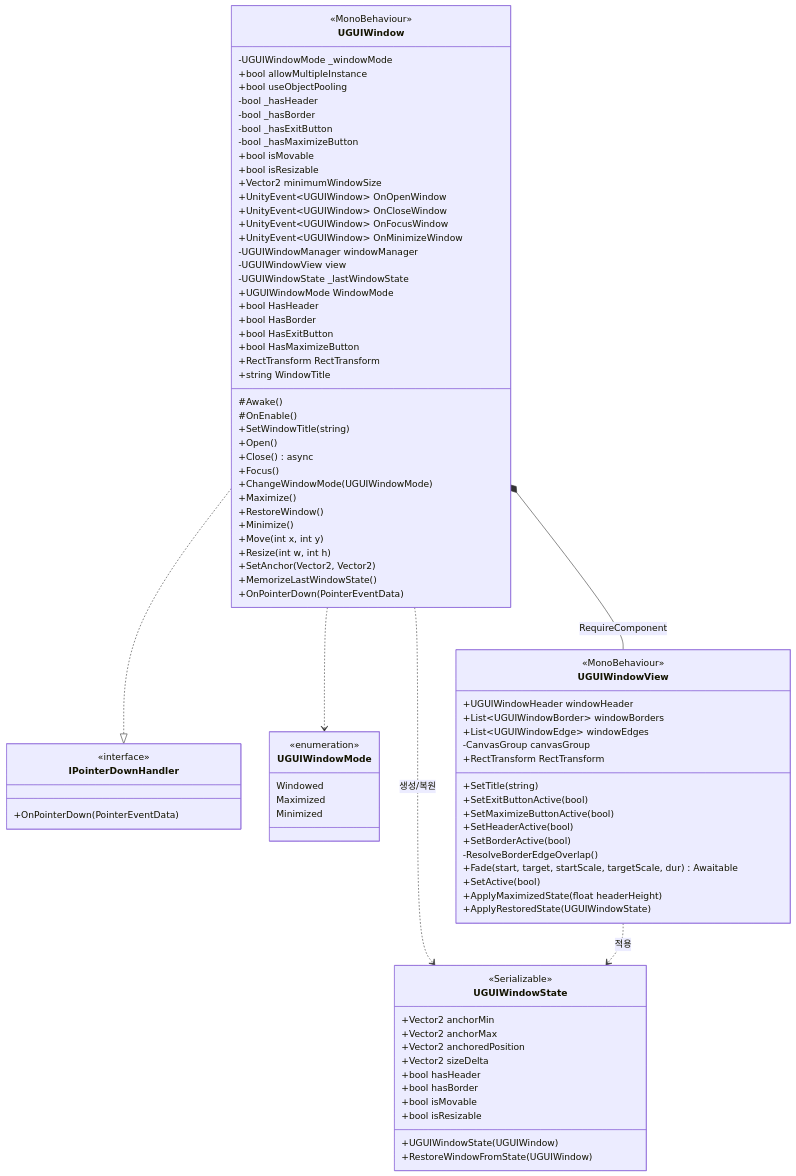
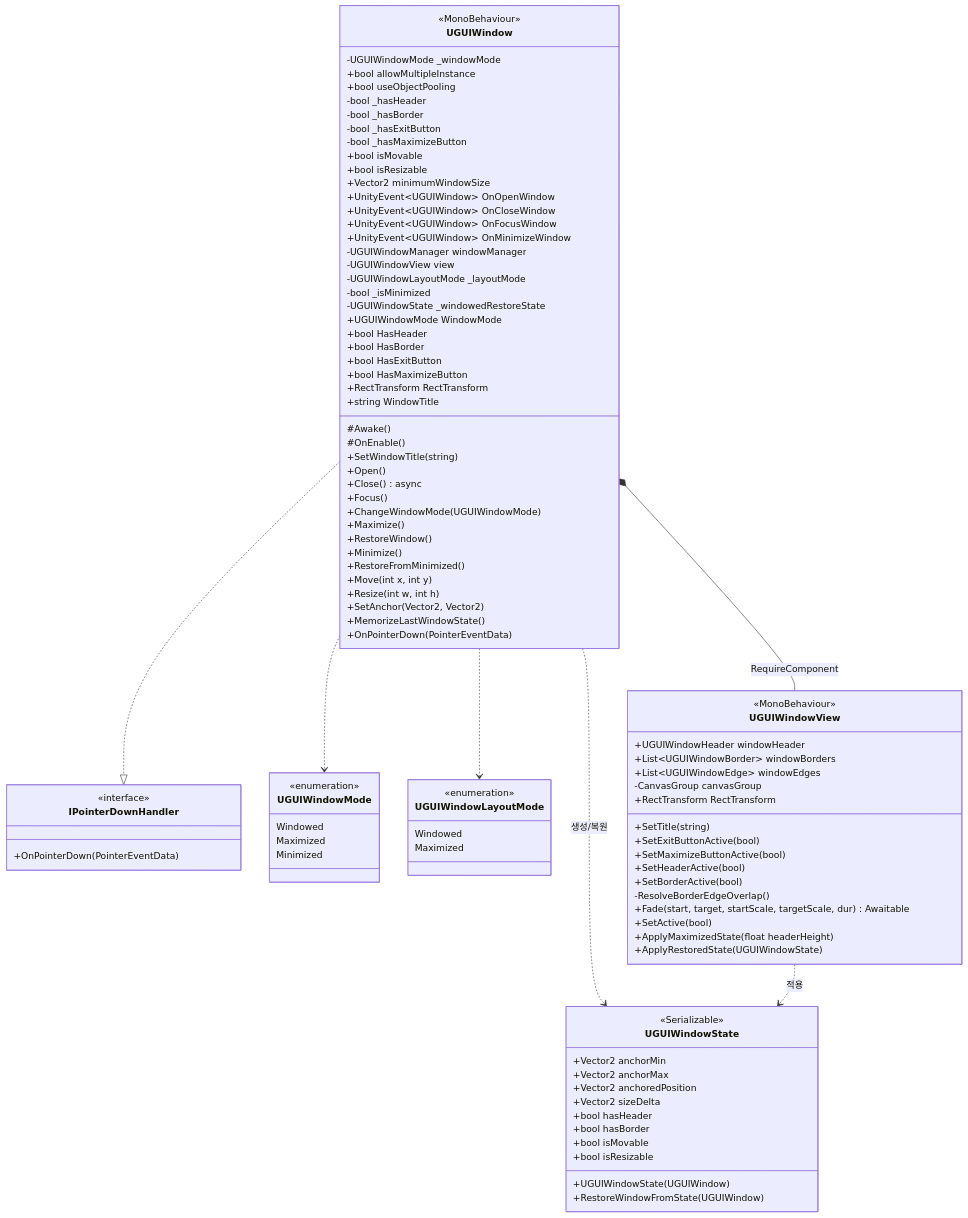
Before and after one commit to ThunderVolt45/UGUI-Window-Sample: the diagram in docs/class-diagram/UGUIWindow.md, drawn with Mermaid. The commit also changed other lines of this file and 4 other files, not shown here.

```diff
--- a/docs/class-diagram/UGUIWindow.md
+++ b/docs/class-diagram/UGUIWindow.md
@@ -23,6 +23,12 @@
         Windowed
         Maximized
         Minimized
+    }
+
+    class UGUIWindowLayoutMode {
+        <<enumeration>>
+        Windowed
+        Maximized
     }
 
     class UGUIWindow {
@@ -43,7 +49,9 @@
         +UnityEvent~UGUIWindow~ OnMinimizeWindow
         -UGUIWindowManager windowManager
         -UGUIWindowView view
-        -UGUIWindowState _lastWindowState
+        -UGUIWindowLayoutMode _layoutMode
+        -bool _isMinimized
+        -UGUIWindowState _windowedRestoreState
         +UGUIWindowMode WindowMode
         +bool HasHeader
         +bool HasBorder
@@ -61,6 +69,7 @@
         +Maximize()
         +RestoreWindow()
         +Minimize()
+        +RestoreFromMinimized()
         +Move(int x, int y)
         +Resize(int w, int h)
         +SetAnchor(Vector2, Vector2)
@@ -103,6 +112,7 @@
 
     UGUIWindow ..|> IPointerDownHandler
     UGUIWindow ..> UGUIWindowMode
+    UGUIWindow ..> UGUIWindowLayoutMode
     UGUIWindow *-- UGUIWindowView : RequireComponent
     UGUIWindow ..> UGUIWindowState : 생성/복원
     UGUIWindowView ..> UGUIWindowState : 적용
```
